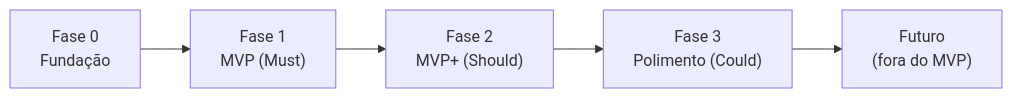
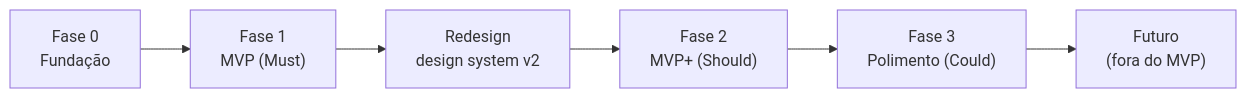
One commit to BrunoSSilva9/mobile-projeto-ta-ligado changed the diagram in docs/14-roadmap-e-backlog.md. Above: the diagram before and after it, drawn with Mermaid. The commit also changed other lines of this file and 1 other file, not shown here.

First line of the commit message:
docs: atualiza plano do redesign com as decisões aprovadas e a nova ordem do backlog

````diff
--- a/docs/14-roadmap-e-backlog.md
+++ b/docs/14-roadmap-e-backlog.md
@@ -7,4 +7,4 @@
 ```mermaid
 flowchart LR
-  F0["Fase 0<br/>Fundação"] --> F1["Fase 1<br/>MVP (Must)"] --> F2["Fase 2<br/>MVP+ (Should)"] --> F3["Fase 3<br/>Polimento (Could)"] --> FUT["Futuro<br/>(fora do MVP)"]
+  F0["Fase 0<br/>Fundação"] --> F1["Fase 1<br/>MVP (Must)"] --> RD["Redesign<br/>design system v2"] --> F2["Fase 2<br/>MVP+ (Should)"] --> F3["Fase 3<br/>Polimento (Could)"] --> FUT["Futuro<br/>(fora do MVP)"]
 ```
````
